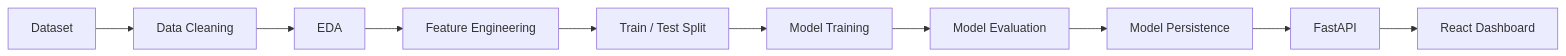
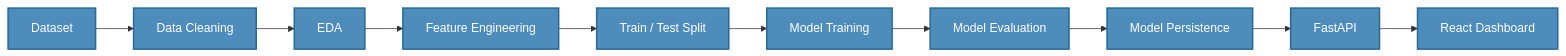
One commit to buildwithsoumya/FareSight changed the second of 3 diagrams in README.md. Above: the diagram before and after it, drawn with Mermaid. The commit also changed other lines of this file, not shown here.

````diff
--- a/README.md
+++ b/README.md
@@ -114,12 +110,15 @@
 ```mermaid
 flowchart LR
     A["Dataset"] --> B["Data Cleaning"]
     B --> C["EDA"]
     C --> D["Feature Engineering"]
     D --> E["Train / Test Split"]
     E --> F["Model Training"]
     F --> G["Model Evaluation"]
     G --> H["Model Persistence"]
     H --> I["FastAPI"]
     I --> J["React Dashboard"]
+
+    classDef step fill:#4d8cbb,color:#ffffff,stroke:#2a6a96,stroke-width:2px;
+    class A,B,C,D,E,F,G,H,I,J step;
 ```
````
